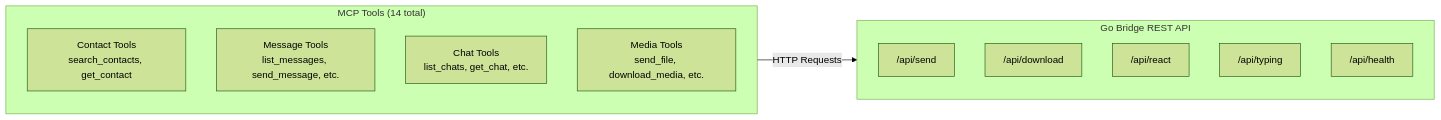
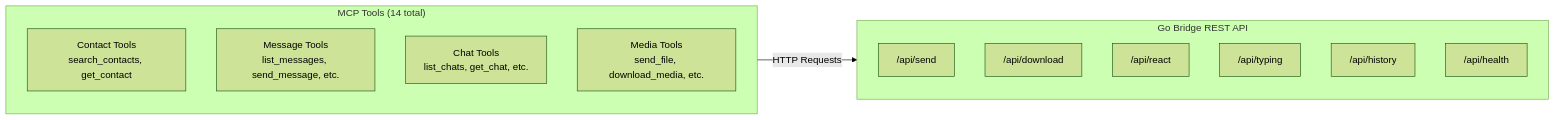
One commit to Tauri-EPO/whatsapp-mcp changed the second of 4 diagrams in README.md. Above: the diagram before and after it, drawn with Mermaid (forest theme). The commit also changed other lines of this file and 4 other files, not shown here.

````diff
--- a/README.md
+++ b/README.md
@@ -575,21 +607,22 @@
 ```mermaid
 flowchart LR
     subgraph GoAPI["Go Bridge REST API"]
         direction TB
         SEND["/api/send"]
         DOWN["/api/download"]
         REACT["/api/react"]
         TYPE["/api/typing"]
+        HIST["/api/history"]
         HEALTH["/api/health"]
     end
 
     subgraph MCPTools["MCP Tools (14 total)"]
         direction TB
         CONT["Contact Tools<br/>search_contacts, get_contact"]
         MSG["Message Tools<br/>list_messages, send_message, etc."]
         CHAT["Chat Tools<br/>list_chats, get_chat, etc."]
         MEDIA["Media Tools<br/>send_file, download_media, etc."]
     end
 
     MCPTools -->|HTTP Requests| GoAPI
 ```
````
